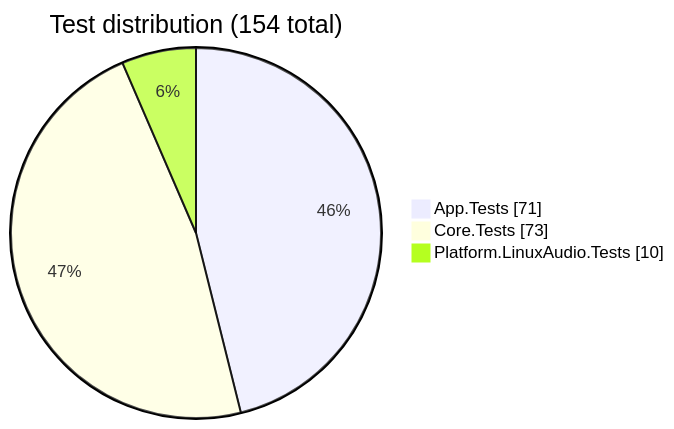
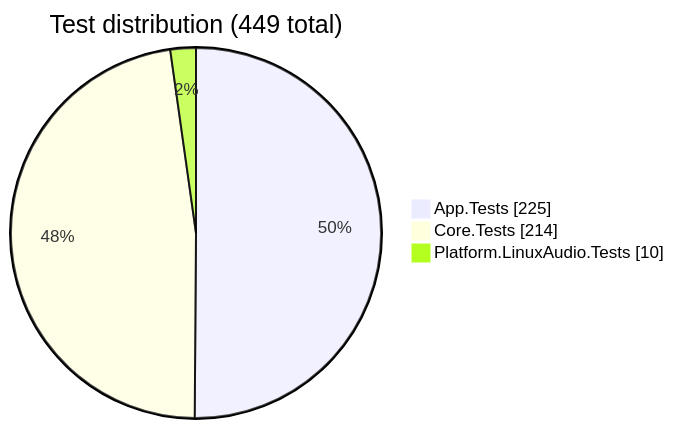
Before and after one commit to Jae-hong-5/TimeGrapher-Net: the fourth of 4 diagrams in README.md, drawn with Mermaid. The commit also changed other lines of this file and 1 other file, not shown here.

First line of the commit message:
docs(readme): sync feature list and test counts

````diff
--- a/README.md
+++ b/README.md
@@ -259,7 +258,7 @@
 ```mermaid
 pie showData
-    title Test distribution (154 total)
-    "App.Tests" : 71
-    "Core.Tests" : 73
+    title Test distribution (449 total)
+    "App.Tests" : 225
+    "Core.Tests" : 214
     "Platform.LinuxAudio.Tests" : 10
 ```
````
